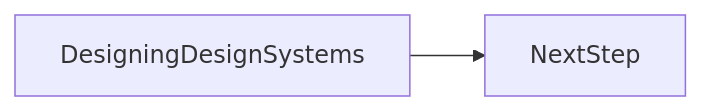
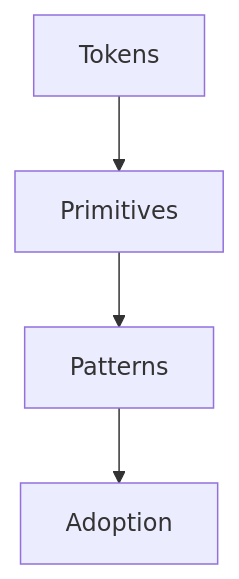
Before and after one commit to OmidJavaherii/Frontend-Engineering-Handbook: the second of 3 diagrams in docs/en/21-frontend-system-design/designing-design-systems/index.md, drawn with Mermaid. The commit also changed other lines of this file and 461 other files, not shown here.

````diff
--- a/docs/en/21-frontend-system-design/designing-design-systems/index.md
+++ b/docs/en/21-frontend-system-design/designing-design-systems/index.md
@@ -96,4 +125,6 @@
 ```mermaid
-flowchart LR
-  concept[DesigningDesignSystems] --> nextStep[NextStep]
+flowchart TD
+  n0[Tokens] --> n1[Primitives]
+  n1[Primitives] --> n2[Patterns]
+  n2[Patterns] --> n3[Adoption]
 ```
````
